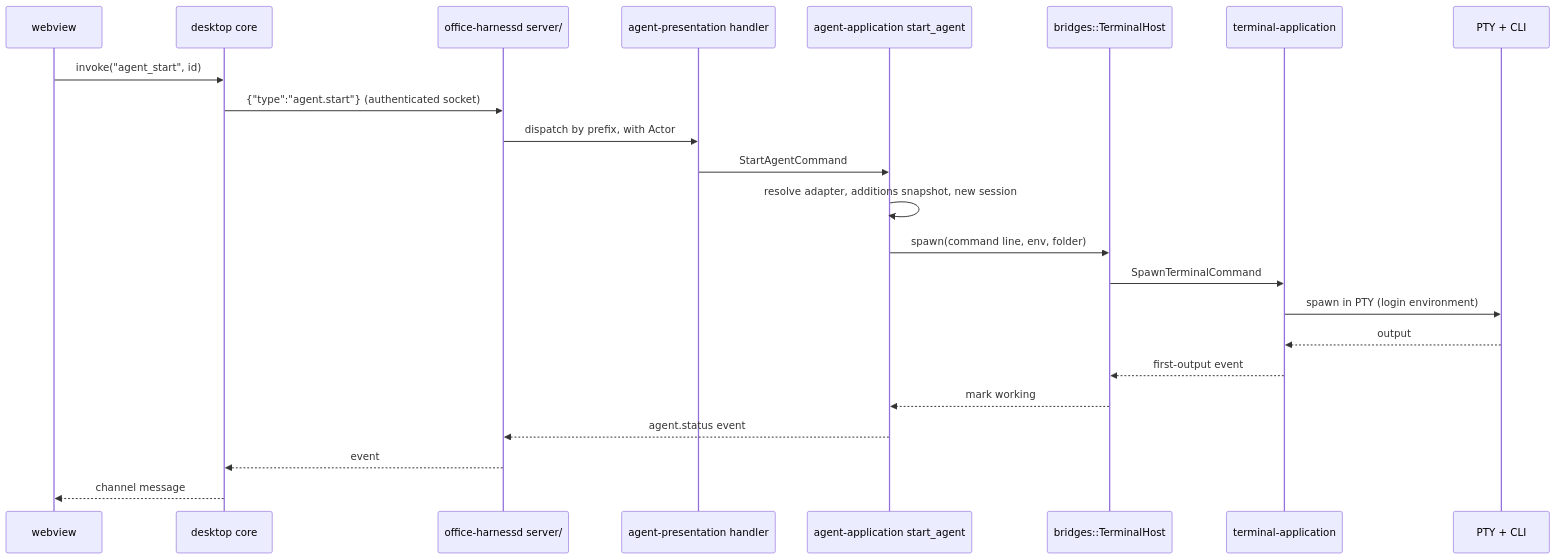
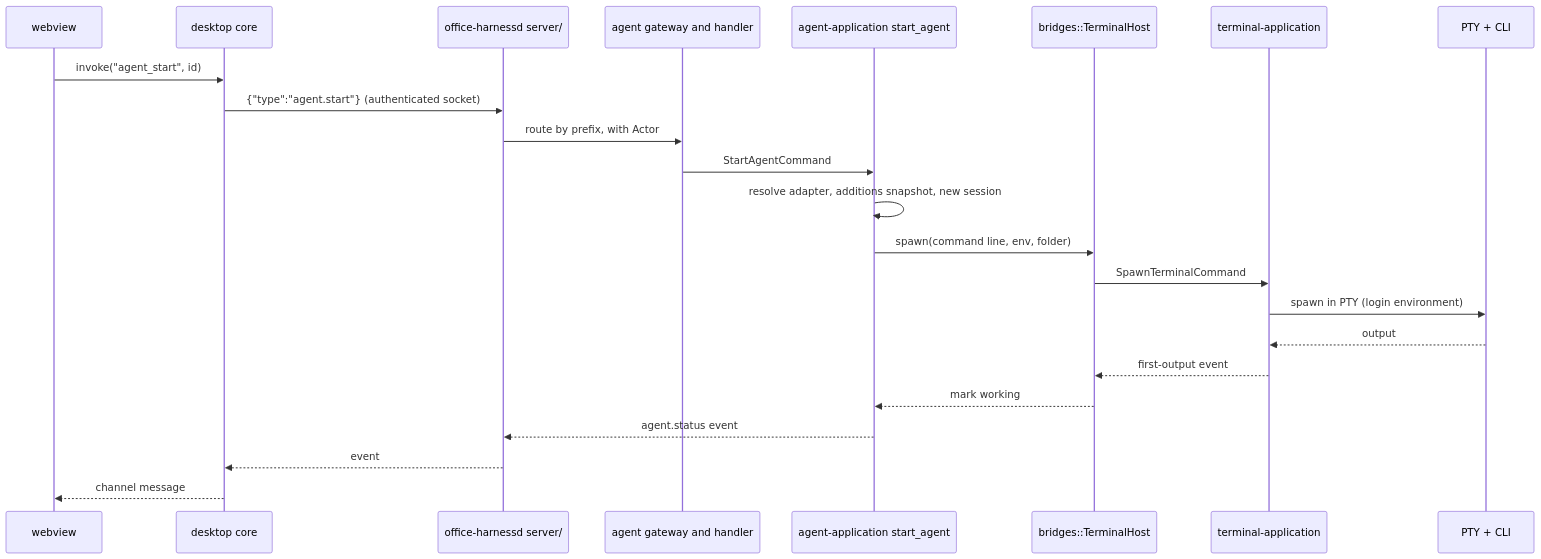
One commit to ahmet-cetinkaya/office-harness changed the third of 3 diagrams in docs/ARCHITECTURE.md. Above: the diagram before and after it, drawn with Mermaid. The commit also changed other lines of this file, not shown here.

Commit message:
docs(architecture): bring the architecture document up to main (#155)

````diff
--- a/docs/ARCHITECTURE.md
+++ b/docs/ARCHITECTURE.md
@@ -301,25 +305,25 @@
 ```mermaid
 sequenceDiagram
     participant W as webview
     participant C as desktop core
     participant S as office-harnessd server/
-    participant H as agent-presentation handler
+    participant H as agent gateway and handler
     participant A as agent-application start_agent
     participant B as bridges::TerminalHost
     participant T as terminal-application
     participant P as PTY + CLI
     W->>C: invoke("agent_start", id)
     C->>S: {"type":"agent.start"} (authenticated socket)
-    S->>H: dispatch by prefix, with Actor
+    S->>H: route by prefix, with Actor
     H->>A: StartAgentCommand
     A->>A: resolve adapter, additions snapshot, new session
     A->>B: spawn(command line, env, folder)
     B->>T: SpawnTerminalCommand
     T->>P: spawn in PTY (login environment)
     P-->>T: output
     T-->>B: first-output event
     B-->>A: mark working
     A-->>S: agent.status event
     S-->>C: event
     C-->>W: channel message
 ```
````
